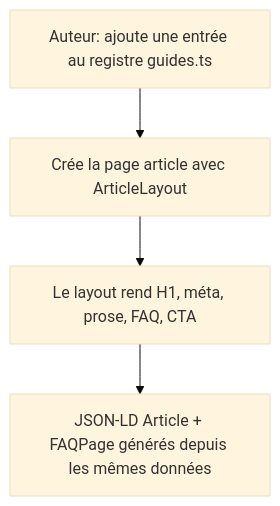
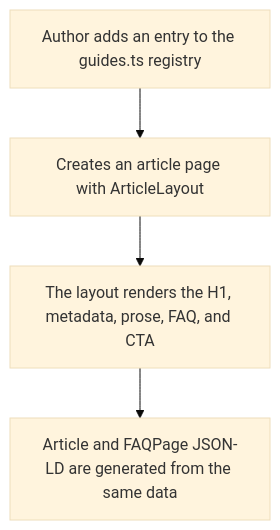
One commit to neogenz/pulpe changed the first of 2 diagrams in aidd_docs/tasks/2026_08/2026_08_13_pul296-socle-seo-guides/phase-1.md. Above: the diagram before and after it, drawn with Mermaid (base theme). The commit also changed other lines of this file and 23 other files, not shown here.

````diff
--- a/aidd_docs/tasks/2026_08/2026_08_13_pul296-socle-seo-guides/phase-1.md
+++ b/aidd_docs/tasks/2026_08/2026_08_13_pul296-socle-seo-guides/phase-1.md
@@ -25,6 +25,6 @@
 ```mermaid
 flowchart TD
-  A[Auteur: ajoute une entrée au registre guides.ts] --> B[Crée la page article avec ArticleLayout]
-  B --> C[Le layout rend H1, méta, prose, FAQ, CTA]
-  C --> D[JSON-LD Article + FAQPage générés depuis les mêmes données]
+  A[Author adds an entry to the guides.ts registry] --> B[Creates an article page with ArticleLayout]
+  B --> C[The layout renders the H1, metadata, prose, FAQ, and CTA]
+  C --> D[Article and FAQPage JSON-LD are generated from the same data]
 ```
````
